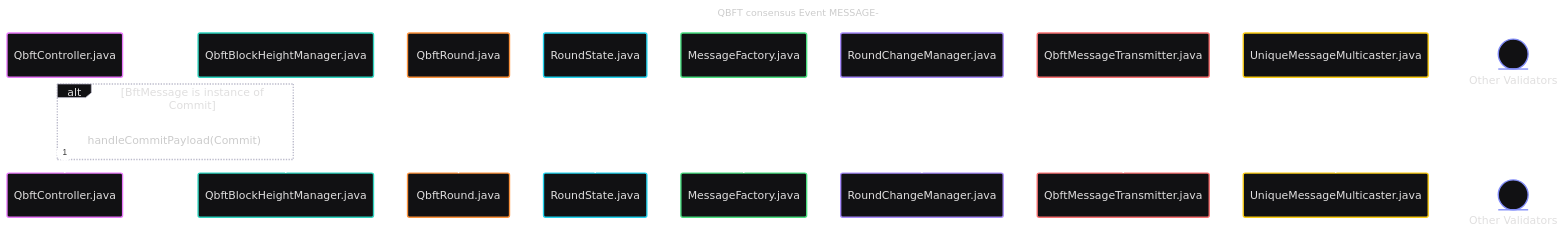
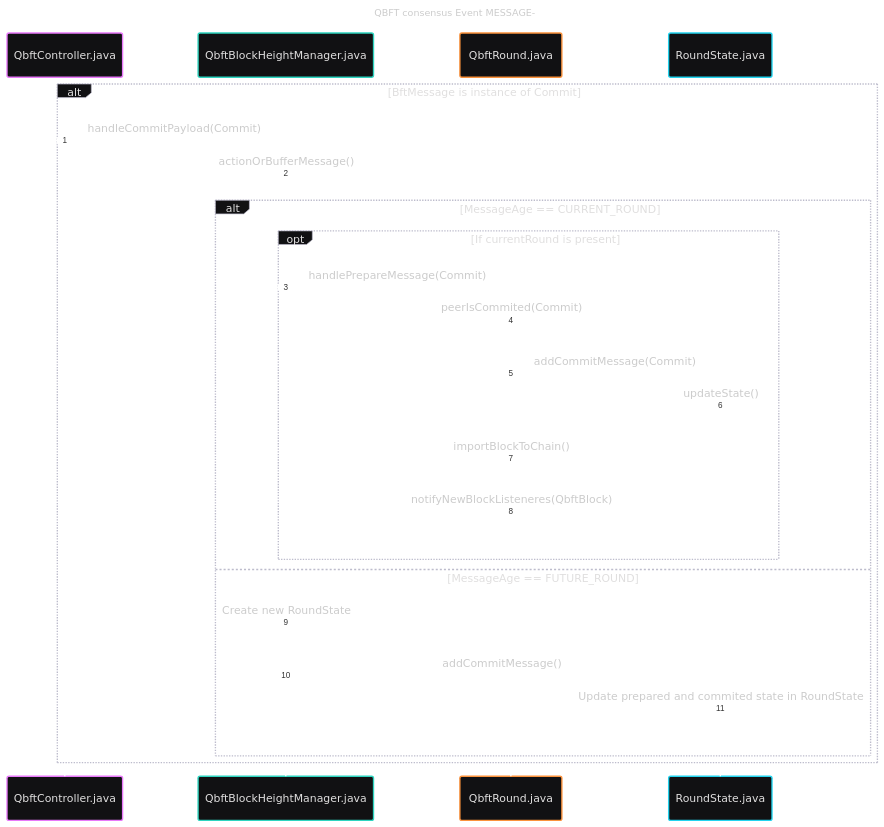
Before and after one commit to mimanshumaheshwari-zeeve/besu-flow-documentation: the diagram in diagrams/consensus/QBFT-006-round-message-commit.mmd, drawn with Mermaid.

Commit message:
Add message commit

```diff
--- a/diagrams/consensus/QBFT-006-round-message-commit.mmd
+++ b/diagrams/consensus/QBFT-006-round-message-commit.mmd
@@ -1,24 +1,34 @@
 ---
 title: QBFT consensus Event MESSAGE-
 config:
   htmlLabels: false
 
   look: handDrawn
   theme: redux-dark-color
 
 ---
 sequenceDiagram
   autonumber
   participant QbftController as QbftController.java
   participant QbftBlockHeightManager as QbftBlockHeightManager.java
   Participant QbftRound as QbftRound.java
   participant RoundState as RoundState.java
-  participant MessageFactory as MessageFactory.java
-  participant RoundChangeManager as RoundChangeManager.java
-  participant QbftMessageTransmitter as QbftMessageTransmitter.java
-  participant UniqueMessageMulticaster as UniqueMessageMulticaster.java
-  participant OtherValidators@{type: entity} as Other Validators
 
   alt BftMessage is instance of Commit
     QbftController ->> QbftBlockHeightManager: handleCommitPayload(Commit)
+    QbftBlockHeightManager ->> QbftBlockHeightManager: actionOrBufferMessage()
+    alt MessageAge == CURRENT_ROUND
+      opt If currentRound is present 
+        QbftBlockHeightManager ->> QbftRound: handlePrepareMessage(Commit)
+        QbftRound ->> QbftRound : peerIsCommited(Commit)
+        QbftRound ->> RoundState: addCommitMessage(Commit)
+        RoundState ->> RoundState: updateState()
+        QbftRound ->> QbftRound: importBlockToChain()
+        QbftRound ->> QbftRound: notifyNewBlockListeneres(QbftBlock)
+      end
+    else MessageAge == FUTURE_ROUND
+      QbftBlockHeightManager ->> QbftBlockHeightManager: Create new RoundState
+      QbftBlockHeightManager ->> RoundState: addCommitMessage()
+      RoundState --> RoundState: Update prepared and commited state in RoundState
+    end
   end
```
